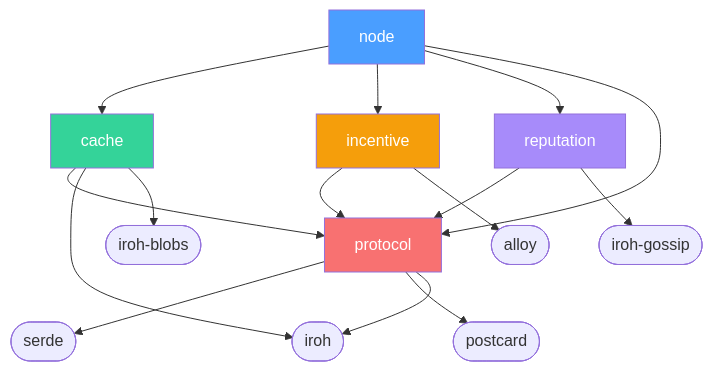
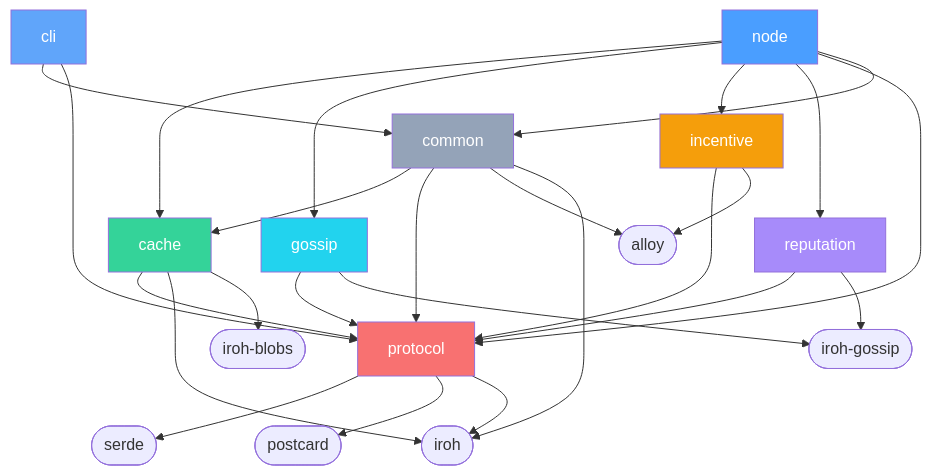
One commit to decdn/decdn changed the third of 3 diagrams in adr/architecture.md. Above: the diagram before and after it, drawn with Mermaid. The commit also changed other lines of this file and 46 other files, not shown here.

First line of the commit message:
refactor(node,cli)!: split decdn binary into decdn-node daemon + decdn cli (#421) (#425)

````diff
--- a/adr/architecture.md
+++ b/adr/architecture.md
@@ -292,40 +308,59 @@
 ```mermaid
 graph TD
     node[node]
+    cli[cli]
+    common[common]
     cache[cache]
+    gossip[gossip]
     incentive[incentive]
     reputation[reputation]
     protocol[protocol]
 
     iroh([iroh])
     iroh_blobs([iroh-blobs])
     iroh_gossip([iroh-gossip])
     alloy([alloy])
     serde([serde])
     postcard([postcard])
 
     node --> cache
+    node --> gossip
     node --> incentive
     node --> reputation
     node --> protocol
+    node --> common
+
+    cli --> common
+    cli --> protocol
+
+    common --> cache
+    common --> protocol
+    common --> alloy
+    common --> iroh
 
     cache --> protocol
     cache --> iroh
     cache --> iroh_blobs
+
+    gossip --> protocol
+    gossip --> iroh_gossip
 
     incentive --> protocol
     incentive --> alloy
 
     reputation --> protocol
     reputation --> iroh_gossip
 
     protocol --> serde
     protocol --> postcard
     protocol --> iroh
 
     style node fill:#4a9eff,color:#fff
+    style cli fill:#60a5fa,color:#fff
+    style common fill:#94a3b8,color:#fff
     style cache fill:#34d399,color:#fff
+    style gossip fill:#22d3ee,color:#fff
     style incentive fill:#f59e0b,color:#fff
     style reputation fill:#a78bfa,color:#fff
     style protocol fill:#f87171,color:#fff
 ```
````
